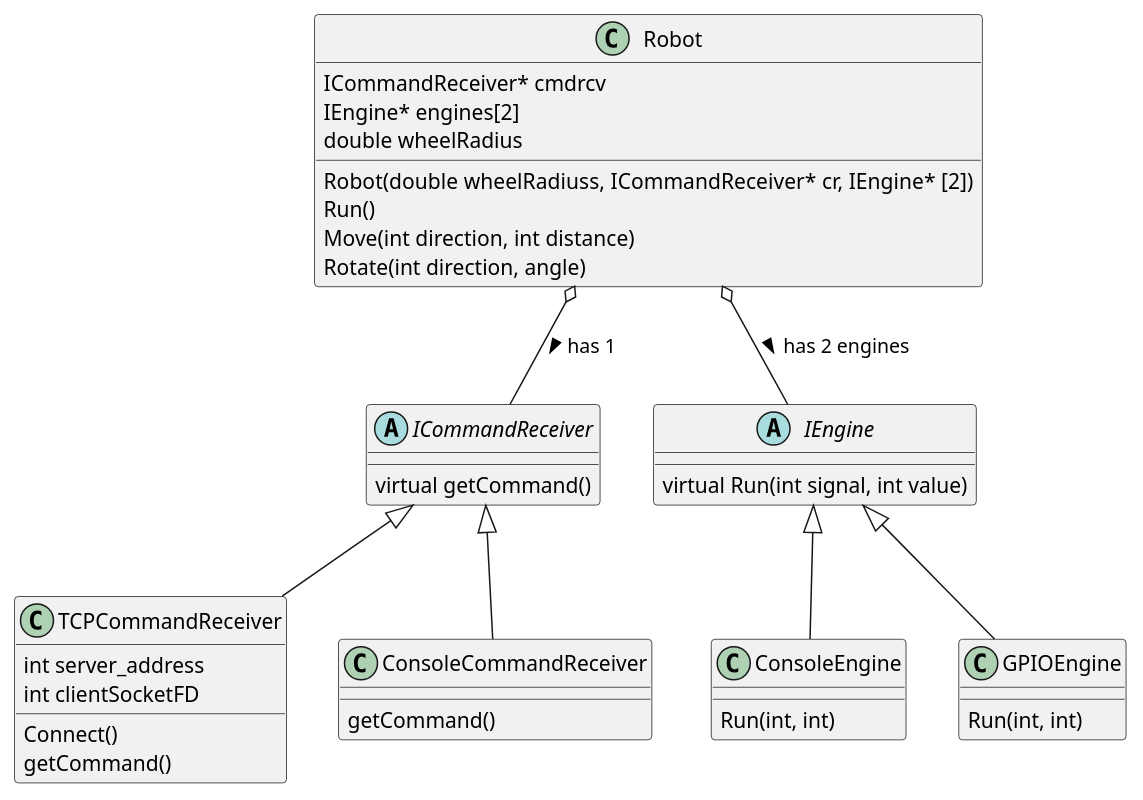
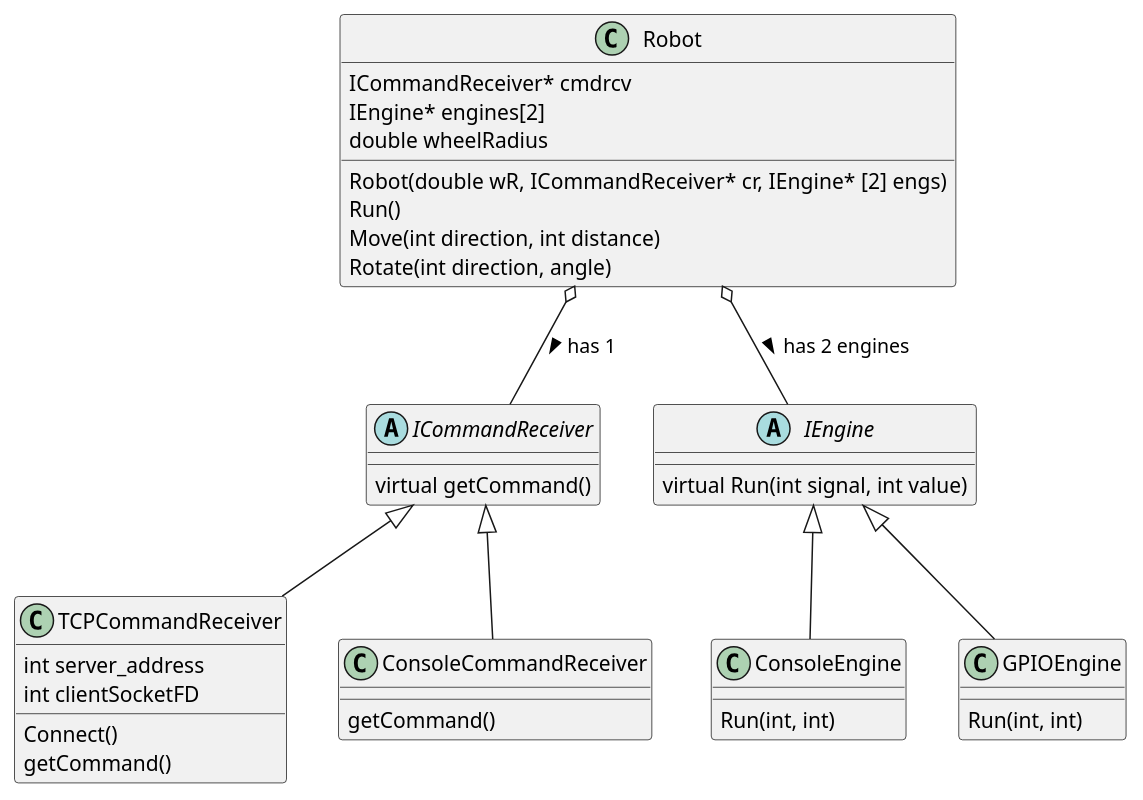
One commit to fanglores/Gagarin-2022 changed the diagram in src/classes.pu. Above: the diagram before and after it, drawn with PlantUML.

```diff
--- a/src/classes.pu
+++ b/src/classes.pu
@@ -1,55 +1,55 @@
 @startuml
 class Robot 
 {
    ICommandReceiver* cmdrcv
    IEngine* engines[2]
    double wheelRadius
    
-   Robot(double wheelRadiuss, ICommandReceiver* cr, IEngine* [2])
+   Robot(double wR, ICommandReceiver* cr, IEngine* [2] engs)
    Run()
    Move(int direction, int distance)
    Rotate(int direction, angle)
 }
 
 abstract class ICommandReceiver
 {
    virtual getCommand()
 }
 
 class TCPCommandReceiver
 {
    int server_address
    int clientSocketFD
 
    Connect()
    getCommand()
 }
 
 class ConsoleCommandReceiver
 {
    getCommand()
 }
 
 class ConsoleEngine 
 {
    Run(int, int)
 }
 
 class GPIOEngine
 {
    Run(int, int)
 }
 
 abstract class IEngine
 {
    virtual Run(int signal, int value)
 }
 
 IEngine <|-- GPIOEngine
 IEngine <|-- ConsoleEngine
 ICommandReceiver <|-- TCPCommandReceiver
 ICommandReceiver <|-- ConsoleCommandReceiver
 Robot o-- IEngine : has 2 engines >
 Robot o-- ICommandReceiver : has 1 >
 
 @enduml
```
